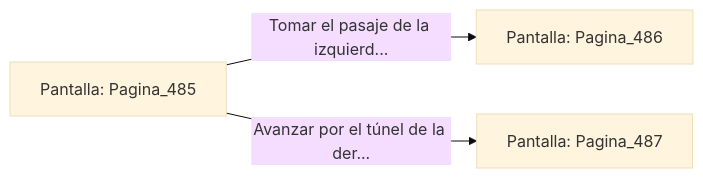
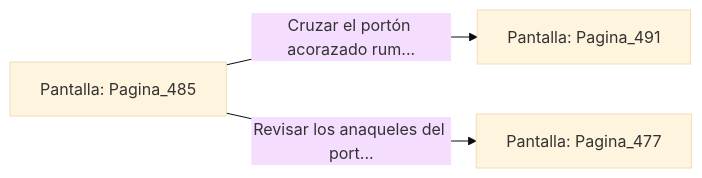
The diagram in sample/eligejuego-vault/Pantalla_Pagina_485.md (metsuke/mpl), drawn with Mermaid (base theme) before and after one commit. The commit also changed other lines of this file and 635 other files, not shown here.

First line of the commit message:
fix: añadir Pagina_1 como pantalla inicial en capitulo_01.mpl

````diff
--- a/sample/eligejuego-vault/Pantalla_Pagina_485.md
+++ b/sample/eligejuego-vault/Pantalla_Pagina_485.md
@@ -20,6 +24,6 @@
 ```mermaid
 graph LR
     P_Pagina_485["Pantalla: Pagina_485"]
-    P_Pagina_485 -->|"Tomar el pasaje de la izquierd..."| P_Pagina_486["Pantalla: Pagina_486"]
-    P_Pagina_485 -->|"Avanzar por el túnel de la der..."| P_Pagina_487["Pantalla: Pagina_487"]
+    P_Pagina_485 -->|"Cruzar el portón acorazado rum..."| P_Pagina_491["Pantalla: Pagina_491"]
+    P_Pagina_485 -->|"Revisar los anaqueles del port..."| P_Pagina_477["Pantalla: Pagina_477"]
 ```
````
